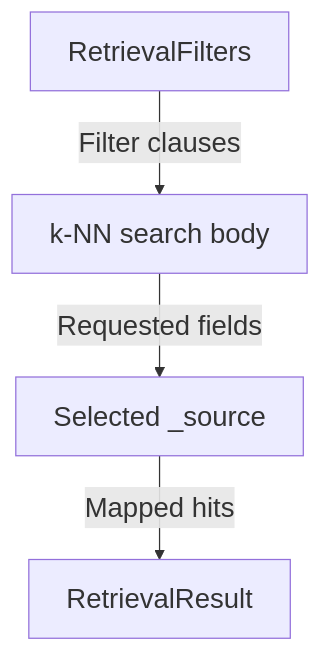
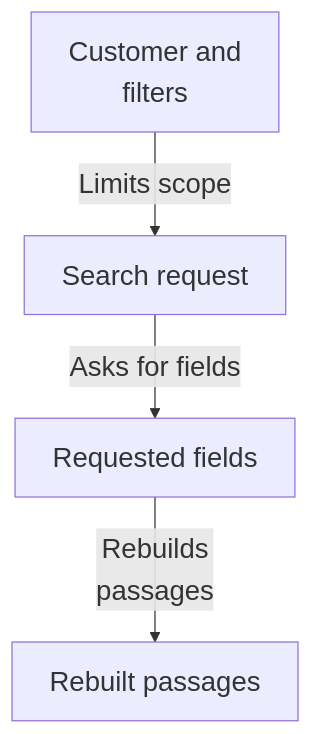
One commit to Justin-Mendoza/Afterclass changed the second of 4 diagrams in maps/retrieval/README.md. Above: the diagram before and after it, drawn with Mermaid. The commit also changed other lines of this file and 91 other files, not shown here.

````diff
--- a/maps/retrieval/README.md
+++ b/maps/retrieval/README.md
@@ -105,11 +62,11 @@
 ```mermaid
 %%{init: {"themeVariables": {"fontSize": "22px"}}}%%
 flowchart TD
-  n0["RetrievalFilters"]
-  n1["k-NN search body"]
-  n2["Selected _source"]
-  n3["RetrievalResult"]
-  n0 -->|"Filter clauses"| n1
-  n1 -->|"Requested fields"| n2
-  n2 -->|"Mapped hits"| n3
+  n0["Customer and<br/>filters"]
+  n1["Search request"]
+  n2["Requested fields"]
+  n3["Rebuilt passages"]
+  n0 -->|"Limits scope"| n1
+  n1 -->|"Asks for fields"| n2
+  n2 -->|"Rebuilds<br/>passages"| n3
 ```
````
